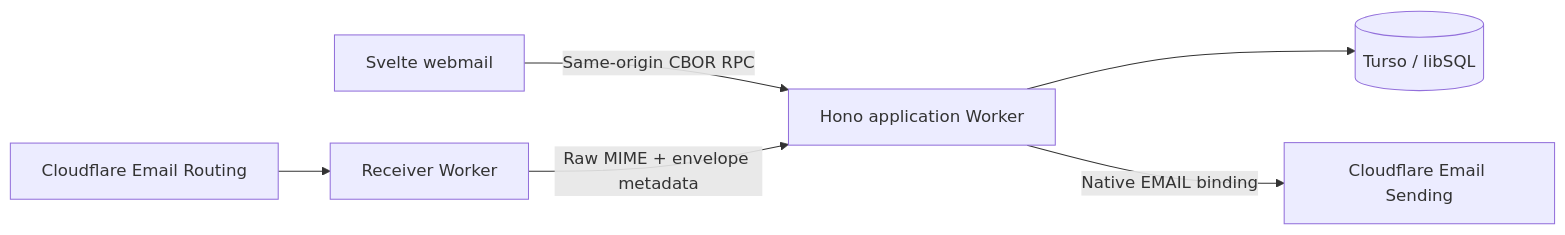
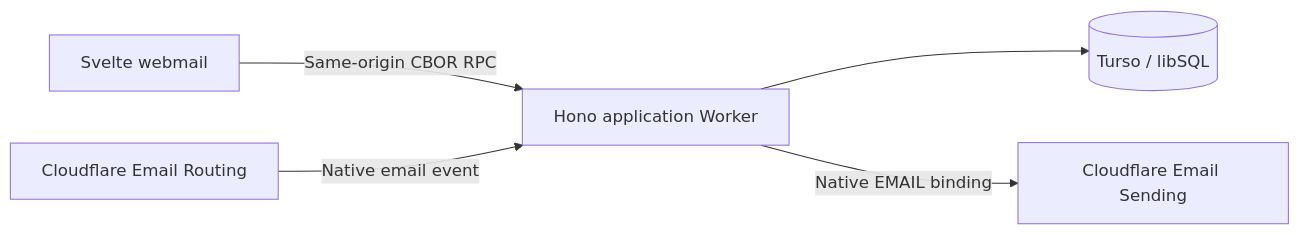
One commit to tuuls-dev/flaremail changed the diagram in README.md. Above: the diagram before and after it, drawn with Mermaid. The commit also changed other lines of this file and 16 other files, not shown here.

Commit message:
Consolidate email into the flaremail Worker

````diff
--- a/README.md
+++ b/README.md
@@ -25,8 +25,7 @@
 ```mermaid
 flowchart LR
     Browser["Svelte webmail"] -->|"Same-origin CBOR RPC"| App["Hono application Worker"]
     App --> Database[("Turso / libSQL")]
     App -->|"Native EMAIL binding"| Sending["Cloudflare Email Sending"]
-    Routing["Cloudflare Email Routing"] --> Receiver["Receiver Worker"]
-    Receiver -->|"Raw MIME + envelope metadata"| App
+    Routing["Cloudflare Email Routing"] -->|"Native email event"| App
 ```
````
